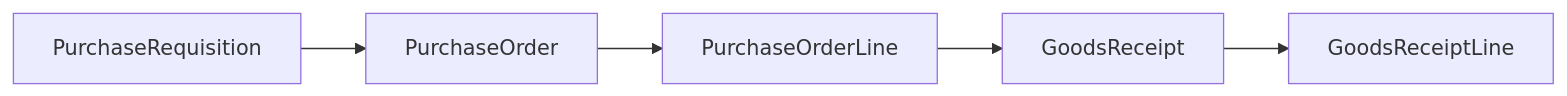
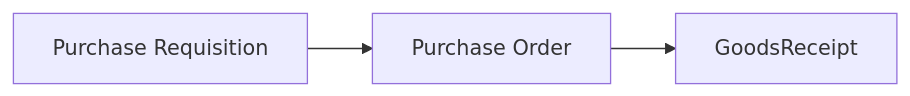
One commit to mmcodesso/greenfield_database changed the third of 7 diagrams in docs/processes/p2p.md. Above: the diagram before and after it, drawn with Mermaid. The commit also changed other lines of this file and 6 other files, not shown here.

````diff
--- a/docs/processes/p2p.md
+++ b/docs/processes/p2p.md
@@ -115,10 +112,8 @@
 ```mermaid
 flowchart LR
-    PR[PurchaseRequisition]
-    PO[PurchaseOrder]
-    POL[PurchaseOrderLine]
+    PR[Purchase Requisition]
+    PO[Purchase Order]
     GR[GoodsReceipt]
-    GRL[GoodsReceiptLine]
 
-    PR --> PO --> POL --> GR --> GRL
+    PR --> PO -->  GR
 ```
````
